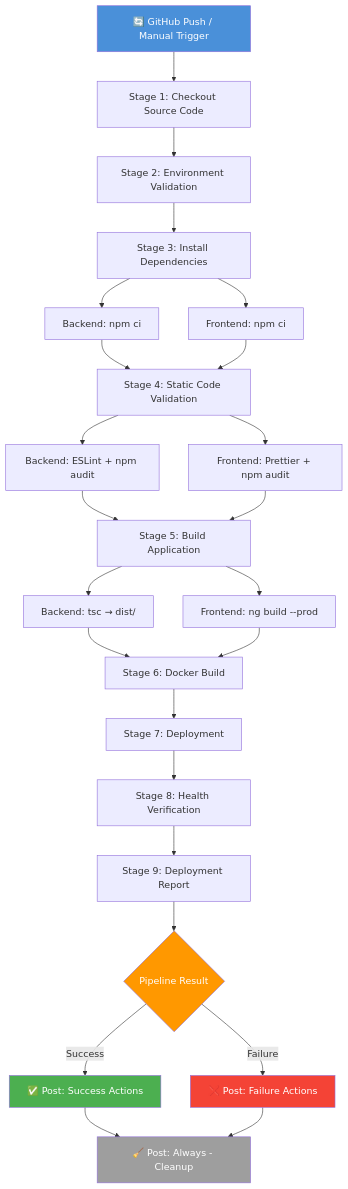
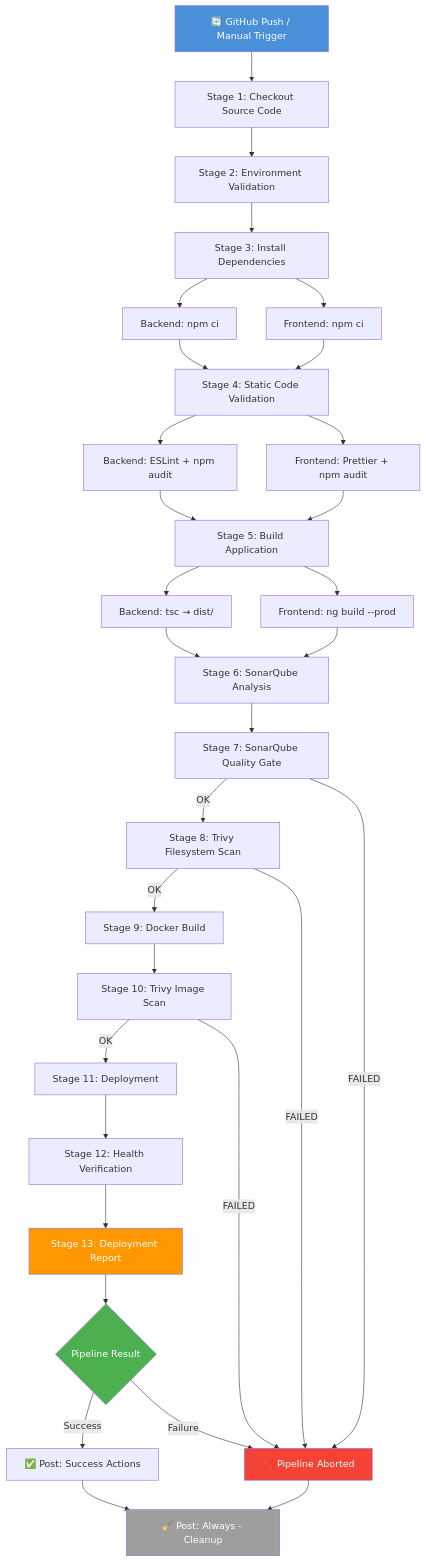
Before and after one commit to tharunadhithyaa/intelligent-self-healing-cicd: the first of 2 diagrams in docs/PIPELINE_ARCHITECTURE.md, drawn with Mermaid. The commit also changed other lines of this file and 9 other files, not shown here.

````diff
--- a/docs/PIPELINE_ARCHITECTURE.md
+++ b/docs/PIPELINE_ARCHITECTURE.md
@@ -9,32 +9,39 @@
 ```mermaid
 flowchart TD
     A["🔄 GitHub Push / Manual Trigger"] --> B["Stage 1: Checkout Source Code"]
     B --> C["Stage 2: Environment Validation"]
     C --> D["Stage 3: Install Dependencies"]
     D --> D1["Backend: npm ci"]
     D --> D2["Frontend: npm ci"]
     D1 --> E["Stage 4: Static Code Validation"]
     D2 --> E
     E --> E1["Backend: ESLint + npm audit"]
     E --> E2["Frontend: Prettier + npm audit"]
     E1 --> F["Stage 5: Build Application"]
     E2 --> F
     F --> F1["Backend: tsc → dist/"]
     F --> F2["Frontend: ng build --prod"]
-    F1 --> G["Stage 6: Docker Build"]
-    F2 --> G
-    G --> H["Stage 7: Deployment"]
-    H --> I["Stage 8: Health Verification"]
-    I --> J["Stage 9: Deployment Report"]
-    J --> K{"Pipeline Result"}
-    K -->|Success| L["✅ Post: Success Actions"]
-    K -->|Failure| M["❌ Post: Failure Actions"]
-    L --> N["🧹 Post: Always - Cleanup"]
+    F1 --> G1["Stage 6: SonarQube Analysis"]
+    F2 --> G1
+    G1 --> G2["Stage 7: SonarQube Quality Gate"]
+    G2 -->|OK| T1["Stage 8: Trivy Filesystem Scan"]
+    G2 -->|FAILED| M["❌ Pipeline Aborted"]
+    T1 -->|OK| H["Stage 9: Docker Build"]
+    T1 -->|FAILED| M
+    H --> T2["Stage 10: Trivy Image Scan"]
+    T2 -->|OK| I["Stage 11: Deployment"]
+    T2 -->|FAILED| M
+    I --> J["Stage 12: Health Verification"]
+    J --> K["Stage 13: Deployment Report"]
+    K --> L{"Pipeline Result"}
+    L -->|Success| M1["✅ Post: Success Actions"]
+    L -->|Failure| M
+    M1 --> N["🧹 Post: Always - Cleanup"]
     M --> N
 
     style A fill:#4A90D9,color:#fff
     style K fill:#FF9800,color:#fff
     style L fill:#4CAF50,color:#fff
     style M fill:#F44336,color:#fff
     style N fill:#9E9E9E,color:#fff
 ```
````
